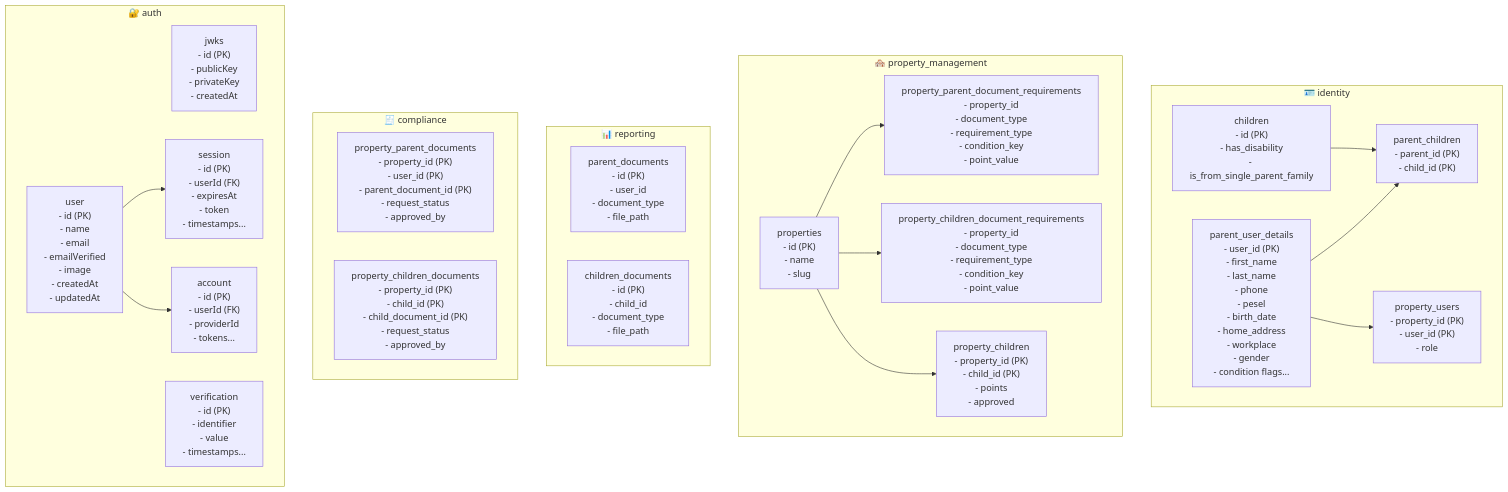
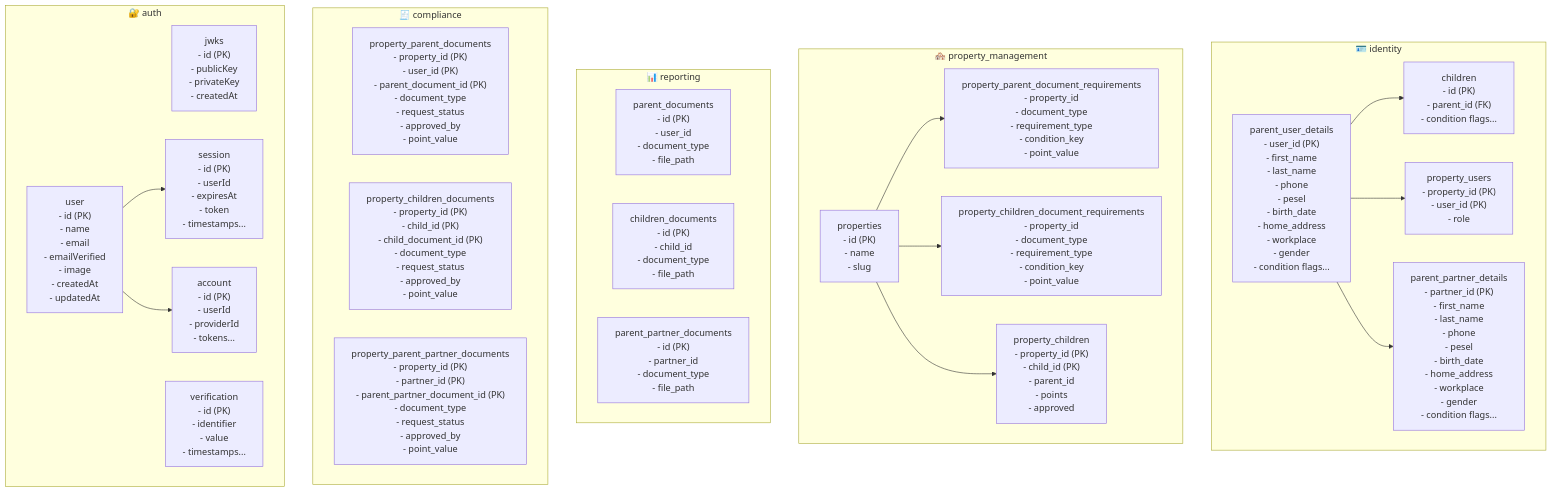
One commit to MateuszKrolik/kindergarden_recruitment_app changed the diagram in README.md. Above: the diagram before and after it, drawn with Mermaid. The commit also changed 13 other files, not shown here.

Commit message:
simplifying parent-child relationship from many-to-many to one-to-many

````diff
--- a/README.md
+++ b/README.md
@@ -1,45 +1,52 @@
 ```mermaid
 flowchart TB
+    %% === IDENTITY SCHEMA ===
     subgraph IDENTITY["🪪 identity"]
     parent_user_details["parent_user_details<br/>- user_id (PK)<br/>- first_name<br/>- last_name<br/>- phone<br/>- pesel<br/>- birth_date<br/>- home_address<br/>- workplace<br/>- gender<br/>- condition flags..."]
-    children_tbl["children<br/>- id (PK)<br/>- has_disability<br/>- is_from_single_parent_family"]
-    parent_children["parent_children<br/>- parent_id (PK)<br/>- child_id (PK)"]
+    children_tbl["children<br/>- id (PK)<br/>- parent_id (FK)<br/>- condition flags..."]
     property_users["property_users<br/>- property_id (PK)<br/>- user_id (PK)<br/>- role"]
+    parent_partner_details["parent_partner_details<br/>- partner_id (PK)<br/>- first_name<br/>- last_name<br/>- phone<br/>- pesel<br/>- birth_date<br/>- home_address<br/>- workplace<br/>- gender<br/>- condition flags..."]
     end
 
-    parent_user_details --> parent_children
-    children_tbl --> parent_children
+    parent_user_details --> children_tbl
     parent_user_details --> property_users
+    parent_user_details --> parent_partner_details
 
+    %% === PROPERTY MANAGEMENT SCHEMA ===
     subgraph PROPERTY_MANAGEMENT["🏘️ property_management"]
     properties["properties<br/>- id (PK)<br/>- name<br/>- slug"]
     parent_doc_reqs["property_parent_document_requirements<br/>- property_id<br/>- document_type<br/>- requirement_type<br/>- condition_key<br/>- point_value"]
     children_doc_reqs["property_children_document_requirements<br/>- property_id<br/>- document_type<br/>- requirement_type<br/>- condition_key<br/>- point_value"]
-    property_children_tbl["property_children<br/>- property_id (PK)<br/>- child_id (PK)<br/>- points<br/>- approved"]
+    property_children_tbl["property_children<br/>- property_id (PK)<br/>- child_id (PK)<br/>- parent_id<br/>- points<br/>- approved"]
     end
 
     properties --> parent_doc_reqs
     properties --> children_doc_reqs
     properties --> property_children_tbl
 
+    %% === REPORTING SCHEMA ===
     subgraph REPORTING["📊 reporting"]
     parent_documents["parent_documents<br/>- id (PK)<br/>- user_id<br/>- document_type<br/>- file_path"]
     children_documents["children_documents<br/>- id (PK)<br/>- child_id<br/>- document_type<br/>- file_path"]
+    parent_partner_documents["parent_partner_documents<br/>- id (PK)<br/>- partner_id<br/>- document_type<br/>- file_path"]
     end
 
+    %% === COMPLIANCE SCHEMA ===
     subgraph COMPLIANCE["🧾 compliance"]
-    property_parent_documents_tbl["property_parent_documents<br/>- property_id (PK)<br/>- user_id (PK)<br/>- parent_document_id (PK)<br/>- request_status<br/>- approved_by"]
-    property_children_documents_tbl["property_children_documents<br/>- property_id (PK)<br/>- child_id (PK)<br/>- child_document_id (PK)<br/>- request_status<br/>- approved_by"]
+    property_parent_documents_tbl["property_parent_documents<br/>- property_id (PK)<br/>- user_id (PK)<br/>- parent_document_id (PK)<br/>- document_type<br/>- request_status<br/>- approved_by<br/>- point_value"]
+    property_children_documents_tbl["property_children_documents<br/>- property_id (PK)<br/>- child_id (PK)<br/>- child_document_id (PK)<br/>- document_type<br/>- request_status<br/>- approved_by<br/>- point_value"]
+    property_parent_partner_documents_tbl["property_parent_partner_documents<br/>- property_id (PK)<br/>- partner_id (PK)<br/>- parent_partner_document_id (PK)<br/>- document_type<br/>- request_status<br/>- approved_by<br/>- point_value"]
     end
 
+    %% === AUTH SCHEMA ===
     subgraph AUTH["🔐 auth"]
     jwks_tbl["jwks<br/>- id (PK)<br/>- publicKey<br/>- privateKey<br/>- createdAt"]
     user_tbl["user<br/>- id (PK)<br/>- name<br/>- email<br/>- emailVerified<br/>- image<br/>- createdAt<br/>- updatedAt"]
-    session_tbl["session<br/>- id (PK)<br/>- userId (FK)<br/>- expiresAt<br/>- token<br/>- timestamps..."]
-    account_tbl["account<br/>- id (PK)<br/>- userId (FK)<br/>- providerId<br/>- tokens..."]
+    session_tbl["session<br/>- id (PK)<br/>- userId<br/>- expiresAt<br/>- token<br/>- timestamps..."]
+    account_tbl["account<br/>- id (PK)<br/>- userId<br/>- providerId<br/>- tokens..."]
     verification_tbl["verification<br/>- id (PK)<br/>- identifier<br/>- value<br/>- timestamps..."]
     end
 
     user_tbl --> session_tbl
     user_tbl --> account_tbl
 ```
````
